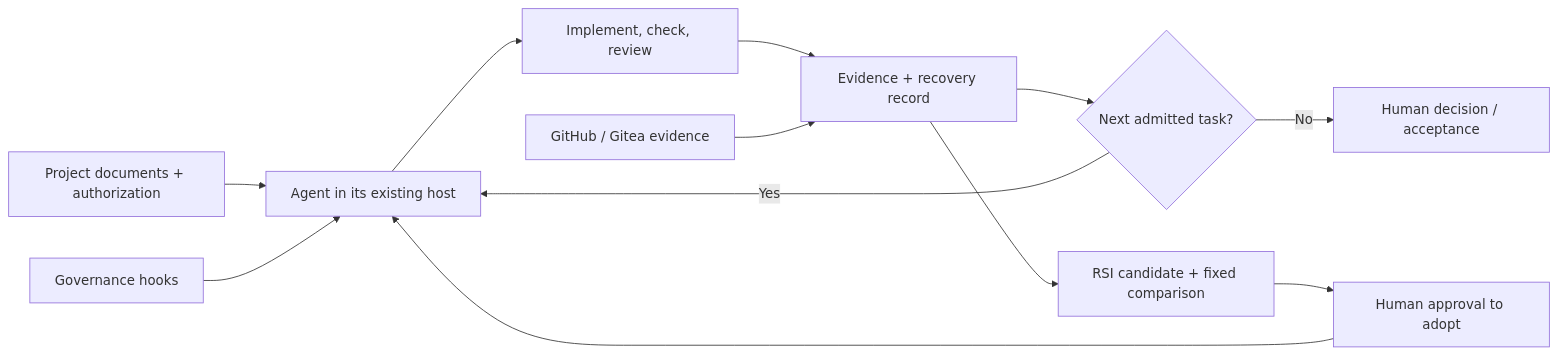
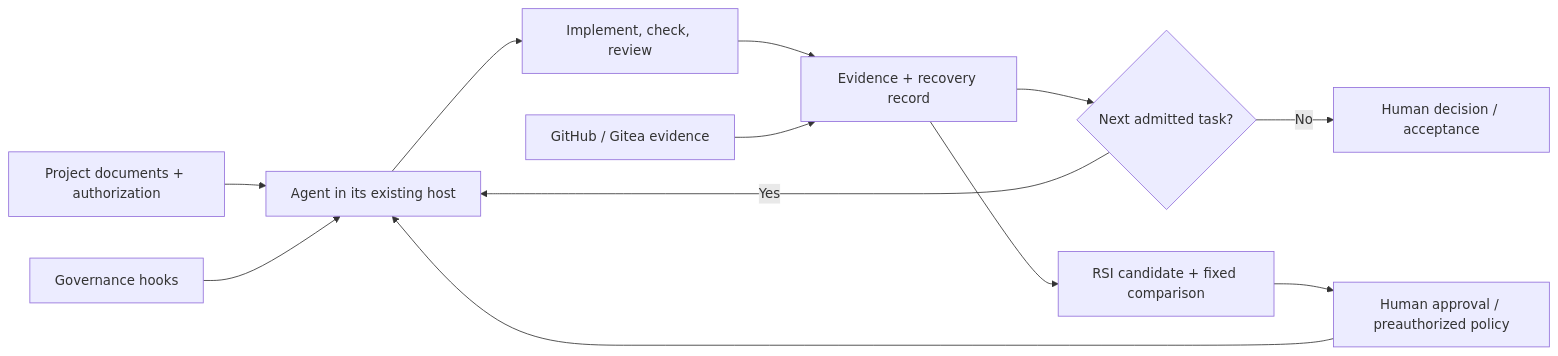
One commit to JoeKeepGo/SAGE-Kit changed the diagram in README.md. Above: the diagram before and after it, drawn with Mermaid. The commit also changed other lines of this file and 21 other files, not shown here.

````diff
--- a/README.md
+++ b/README.md
@@ -35,14 +42,14 @@
 ```mermaid
 flowchart LR
   D["Project documents + authorization"] --> A["Agent in its existing host"]
   H["Governance hooks"] --> A
   A --> W["Implement, check, review"]
   W --> E["Evidence + recovery record"]
   F["GitHub / Gitea evidence"] --> E
   E --> N{"Next admitted task?"}
   N -->|Yes| A
   N -->|No| U["Human decision / acceptance"]
   E --> R["RSI candidate + fixed comparison"]
-  R --> P["Human approval to adopt"]
+  R --> P["Human approval / preauthorized policy"]
   P --> A
 ```
````
